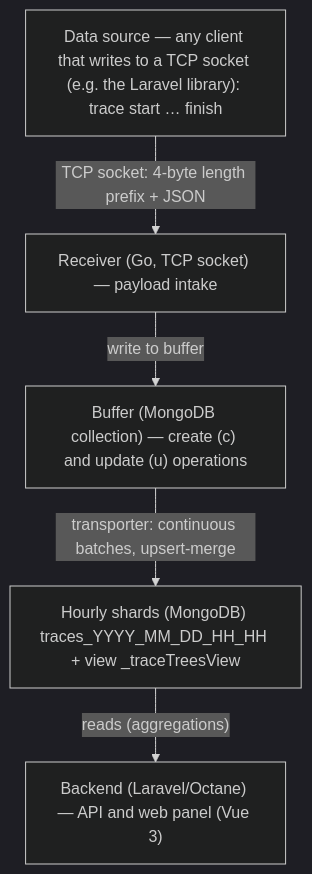
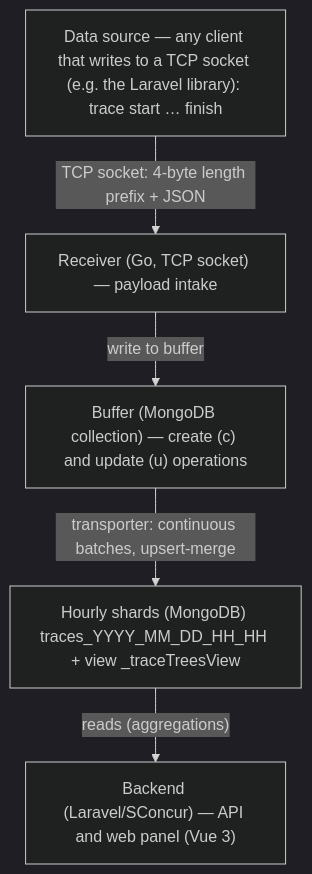
Before and after one commit to sprust/slogger: the diagram in README.md, drawn with Mermaid (dark theme). The commit also changed other lines of this file and 20 other files, not shown here.

First line of the commit message:
chore(octane): remove RoadRunner, Laravel Octane and rr-monitor

````diff
--- a/README.md
+++ b/README.md
@@ -27,12 +27,12 @@
 ```mermaid
 flowchart TB
     src["Data source — any client that writes to a TCP socket (e.g. the Laravel library): trace start … finish"]
     receiver["Receiver (Go, TCP socket) — payload intake"]
     buffer["Buffer (MongoDB collection) — create (c) and update (u) operations"]
     shards["Hourly shards (MongoDB) traces_YYYY_MM_DD_HH_HH + view _traceTreesView"]
-    backend["Backend (Laravel/Octane) — API and web panel (Vue 3)"]
+    backend["Backend (Laravel/SConcur) — API and web panel (Vue 3)"]
     src -->|"TCP socket: 4-byte length prefix + JSON"| receiver
     receiver -->|"write to buffer"| buffer
     buffer -->|"transporter: continuous batches, upsert-merge"| shards
     shards -->|"reads (aggregations)"| backend
 ```
````
